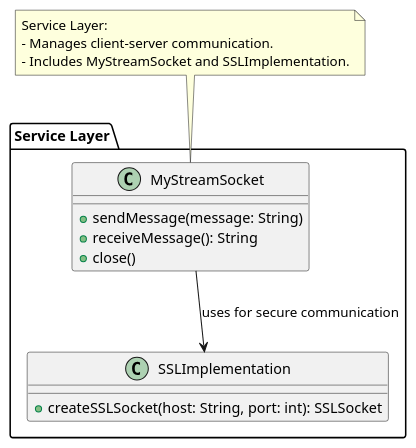
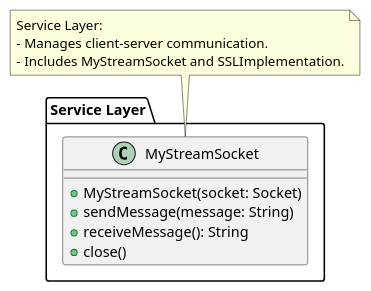
The diagram in Client Server code/SMP_Project/out/production/ServiceLayer.puml (Billy-Elsbury/DistributedComputingNew), drawn with PlantUML before and after one commit. The commit also changed 10 other files, not shown here.

```diff
--- a/Client Server code/SMP_Project/out/production/ServiceLayer.puml
+++ b/Client Server code/SMP_Project/out/production/ServiceLayer.puml
@@ -1,21 +1,17 @@
 @startuml Service_Layer
 package "Service Layer" {
     class MyStreamSocket {
-        +sendMessage(message: String)
-        +receiveMessage(): String
-        +close()
-    }
-    class SSLImplementation {
-        +createSSLSocket(host: String, port: int): SSLSocket
+        + MyStreamSocket(socket: Socket)
+        + sendMessage(message: String)
+        + receiveMessage(): String
+        + close()
     }
 }
 
 note top of MyStreamSocket
   Service Layer:
   - Manages client-server communication.
   - Includes MyStreamSocket and SSLImplementation.
 end note
 
-' Relationships within the Service Layer
-MyStreamSocket --> SSLImplementation : uses for secure communication
 @enduml
```
